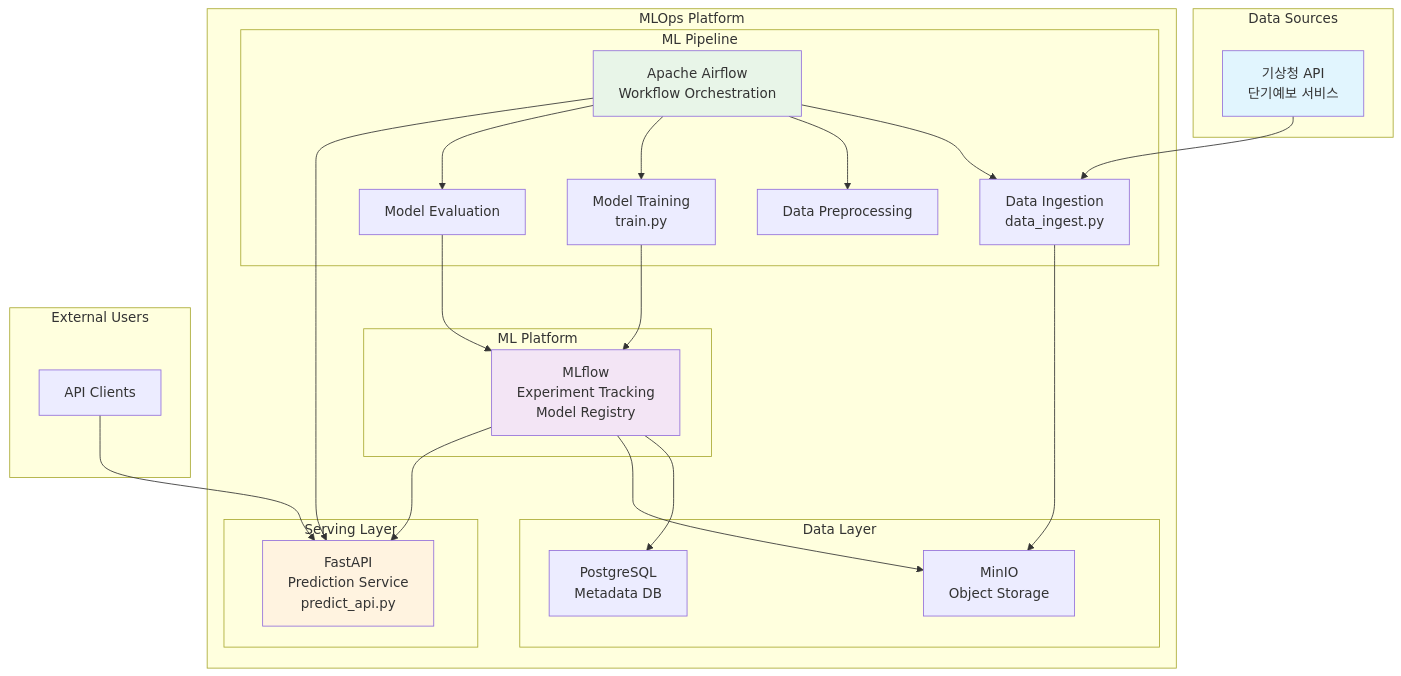
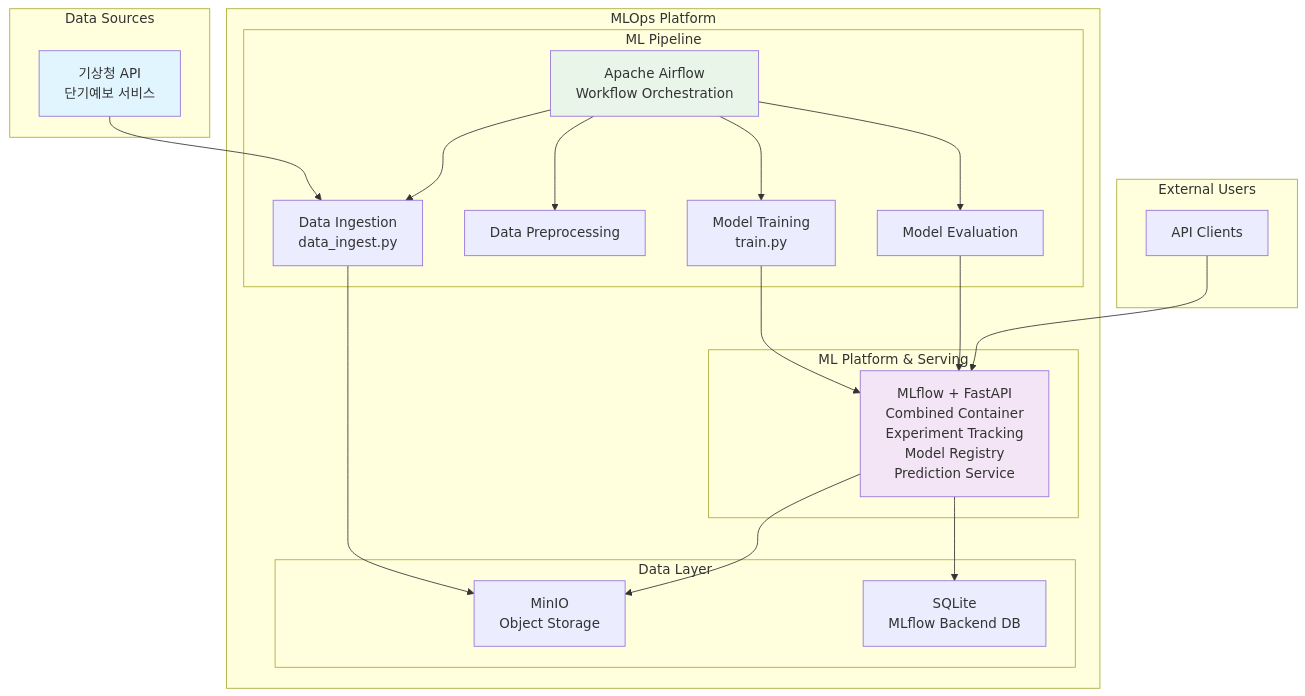
Before and after one commit to Lee-0624/mlops_cloud_project: the diagram in README.md, drawn with Mermaid. The commit also changed other lines of this file and 5 other files, not shown here.

Commit message:
feat: PostgreSQL에서 SQLite로 데이터베이스 변경 및 MLflow 서버 설정 업데이트

````diff
--- a/README.md
+++ b/README.md
@@ -81,54 +81,49 @@
 ```mermaid
 graph TB
     subgraph "Data Sources"
         KMA[기상청 API<br/>단기예보 서비스]
     end
     
     subgraph "MLOps Platform"
         subgraph "Data Layer"
             MINIO[MinIO<br/>Object Storage]
-            POSTGRES[PostgreSQL<br/>Metadata DB]
+            SQLITE[SQLite<br/>MLflow Backend DB]
         end
         
         subgraph "ML Pipeline"
             AIRFLOW[Apache Airflow<br/>Workflow Orchestration]
             INGEST[Data Ingestion<br/>data_ingest.py]
             PREPROCESS[Data Preprocessing]
             TRAIN[Model Training<br/>train.py]
             EVALUATE[Model Evaluation]
         end
         
-        subgraph "ML Platform"
-            MLFLOW[MLflow<br/>Experiment Tracking<br/>Model Registry]
-        end
+
         
-        subgraph "Serving Layer"
-            API[FastAPI<br/>Prediction Service<br/>predict_api.py]
+        subgraph "ML Platform & Serving"
+            MLFLOW_API[MLflow + FastAPI<br/>Combined Container<br/>Experiment Tracking<br/>Model Registry<br/>Prediction Service]
         end
     end
     
     subgraph "External Users"
         CLIENT[API Clients]
     end
     
     KMA --> INGEST
     AIRFLOW --> INGEST
     AIRFLOW --> PREPROCESS
     AIRFLOW --> TRAIN
     AIRFLOW --> EVALUATE
-    AIRFLOW --> API
     
     INGEST --> MINIO
-    TRAIN --> MLFLOW
-    EVALUATE --> MLFLOW
-    MLFLOW --> POSTGRES
-    MLFLOW --> MINIO
-    MLFLOW --> API
+    TRAIN --> MLFLOW_API
+    EVALUATE --> MLFLOW_API
+    MLFLOW_API --> SQLITE
+    MLFLOW_API --> MINIO
     
-    CLIENT --> API
+    CLIENT --> MLFLOW_API
     
     style KMA fill:#e1f5fe
-    style MLFLOW fill:#f3e5f5
+    style MLFLOW_API fill:#f3e5f5
     style AIRFLOW fill:#e8f5e8
-    style API fill:#fff3e0
 ```
````
